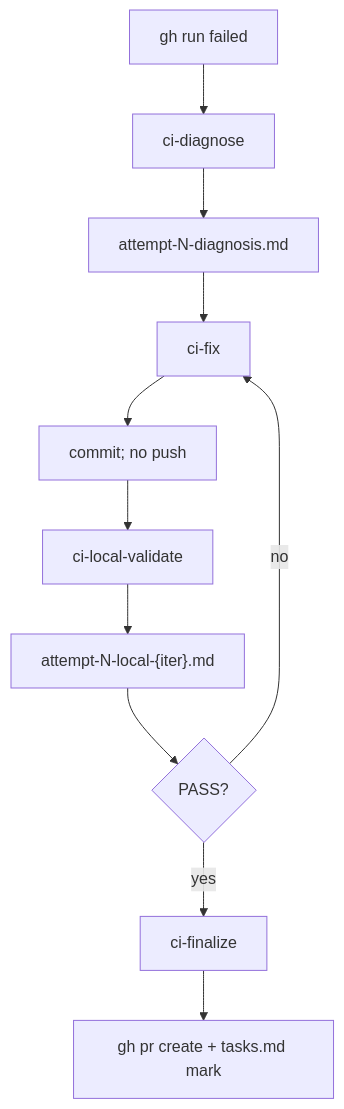
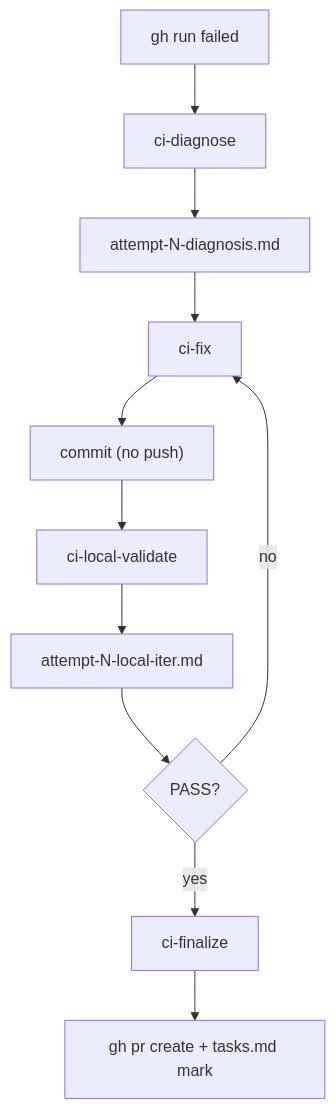
The fourth of 12 diagrams in .claude/skills/spec-kit/README.md (mmmaxwwwell/agent-framework), drawn with Mermaid before and after one commit. The commit also changed other lines of this file, not shown here.

First line of the commit message:
fix(spec-kit): quote all mermaid node labels to avoid parse errors

````diff
--- a/.claude/skills/spec-kit/README.md
+++ b/.claude/skills/spec-kit/README.md
@@ -354,13 +354,13 @@
 ```mermaid
 flowchart TD
-    cifail[gh run failed] --> diagnose[ci-diagnose]
+    cifail["gh run failed"] --> diagnose["ci-diagnose"]
     diagnose --> diag["attempt-N-diagnosis.md"]
-    diag --> cifix[ci-fix]
-    cifix --> commit[commit; no push]
-    commit --> localval[ci-local-validate]
-    localval --> result["attempt-N-local-{iter}.md"]
-    result --> verdict{PASS?}
+    diag --> cifix["ci-fix"]
+    cifix --> commit["commit (no push)"]
+    commit --> localval["ci-local-validate"]
+    localval --> result["attempt-N-local-iter.md"]
+    result --> verdict{"PASS?"}
     verdict -- no --> cifix
-    verdict -- yes --> finalize[ci-finalize]
-    finalize --> pr[gh pr create + tasks.md mark]
+    verdict -- yes --> finalize["ci-finalize"]
+    finalize --> pr["gh pr create + tasks.md mark"]
 ```
````
